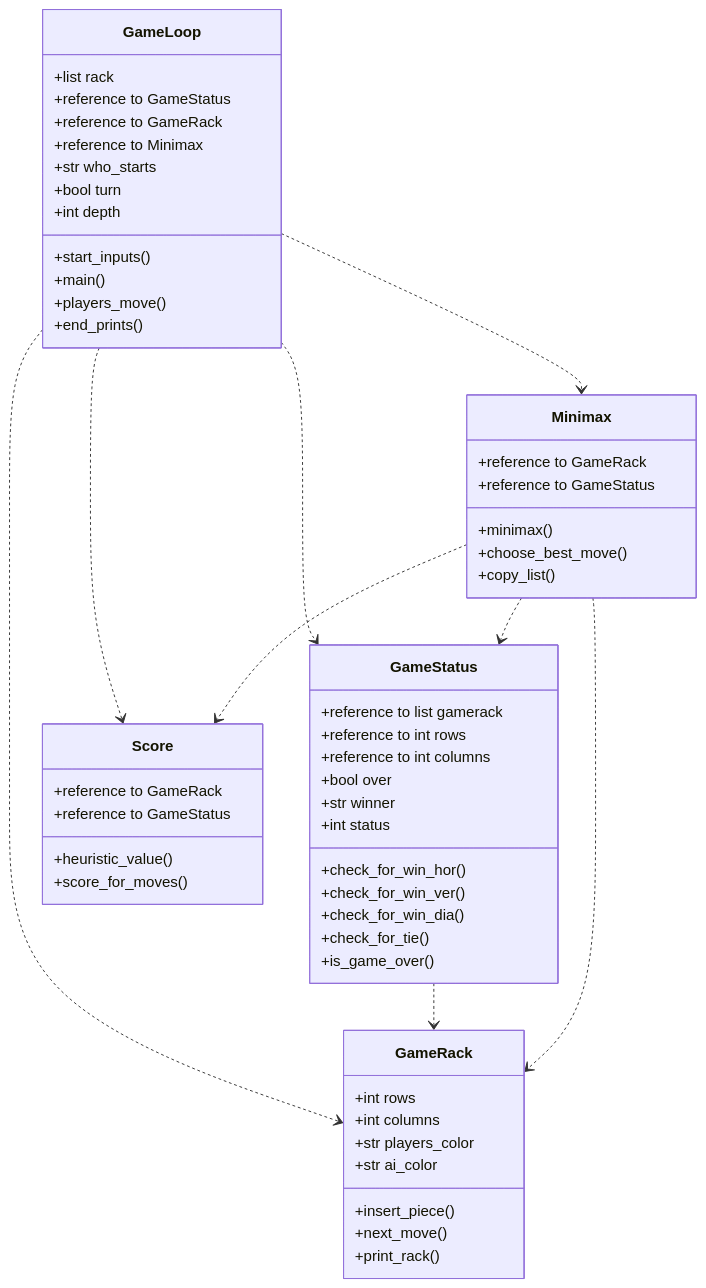
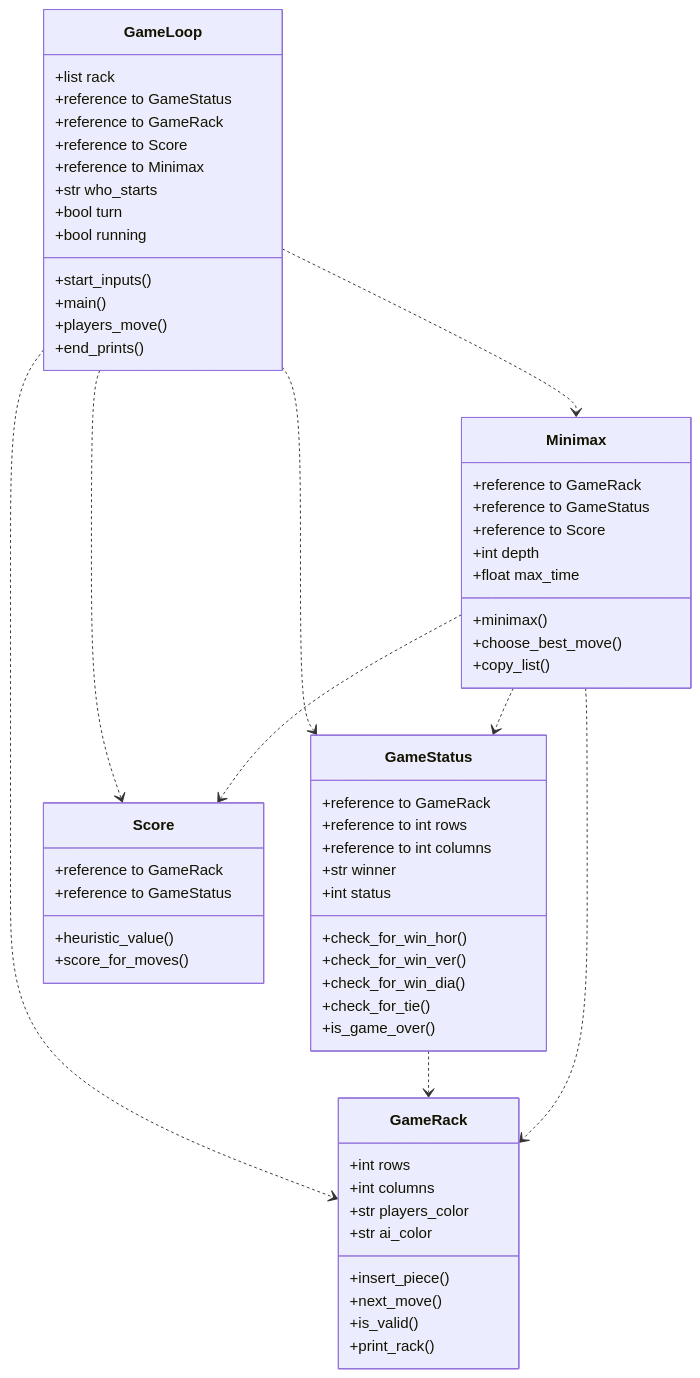
The first of 2 diagrams in documentation/implementation.md (lottapispa/Connect-Four-tiralabra), drawn with Mermaid before and after one commit.

````diff
--- a/documentation/implementation.md
+++ b/documentation/implementation.md
@@ -5,59 +5,63 @@
 ```mermaid
 classDiagram
     GameLoop ..> GameStatus
     GameLoop ..> GameRack
     GameLoop ..> Minimax
     GameLoop ..> Score
     GameStatus ..> GameRack
     Minimax ..> GameStatus
     Minimax ..> GameRack
     Minimax ..> Score
     class GameLoop{
         +list rack
         +reference to GameStatus
         +reference to GameRack
+        +reference to Score
         +reference to Minimax
         +str who_starts
         +bool turn
-        +int depth
+        +bool running
         +start_inputs()
         +main()
         +players_move()
         +end_prints()
     }
     class GameStatus{
-        +reference to list gamerack
+        +reference to GameRack
         +reference to int rows
         +reference to int columns
-        +bool over
         +str winner
         +int status
         +check_for_win_hor()
         +check_for_win_ver()
         +check_for_win_dia()
         +check_for_tie()
         +is_game_over()
     }
     class GameRack{
         +int rows
         +int columns
         +str players_color
         +str ai_color
         +insert_piece()
         +next_move()
+        +is_valid()
         +print_rack()
     }
     class Minimax{
         +reference to GameRack
         +reference to GameStatus
+        +reference to Score
+        +int depth
+        +float max_time
         +minimax()
         +choose_best_move()
         +copy_list()
     }
     class Score{
         +reference to GameRack
         +reference to GameStatus
         +heuristic_value()
         +score_for_moves()
     }
 ```
````
